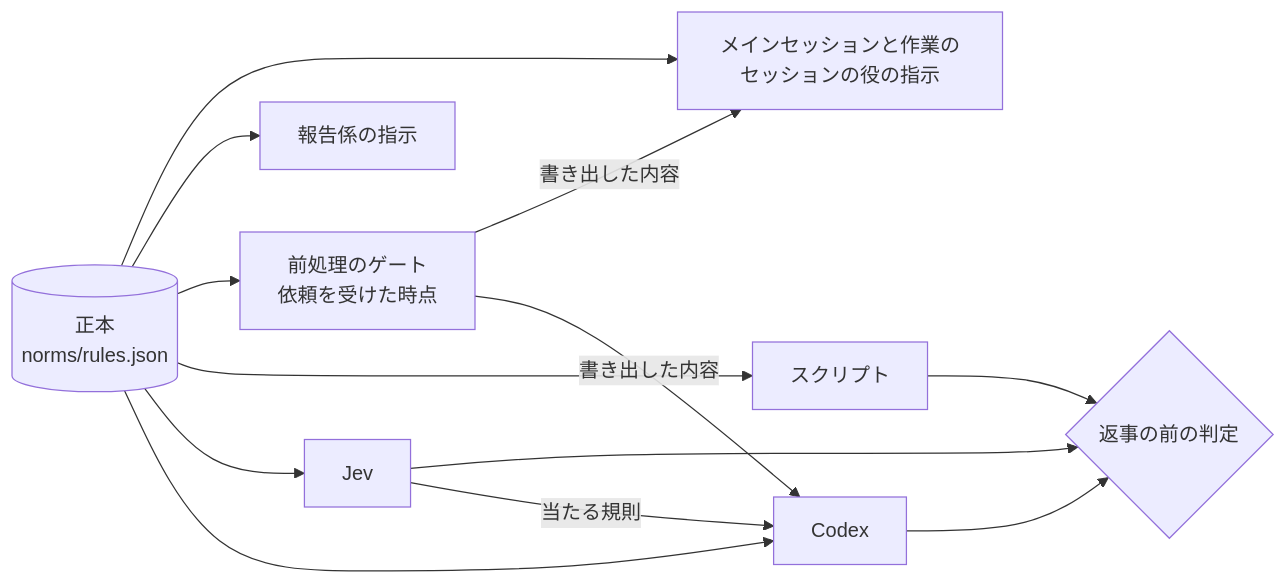
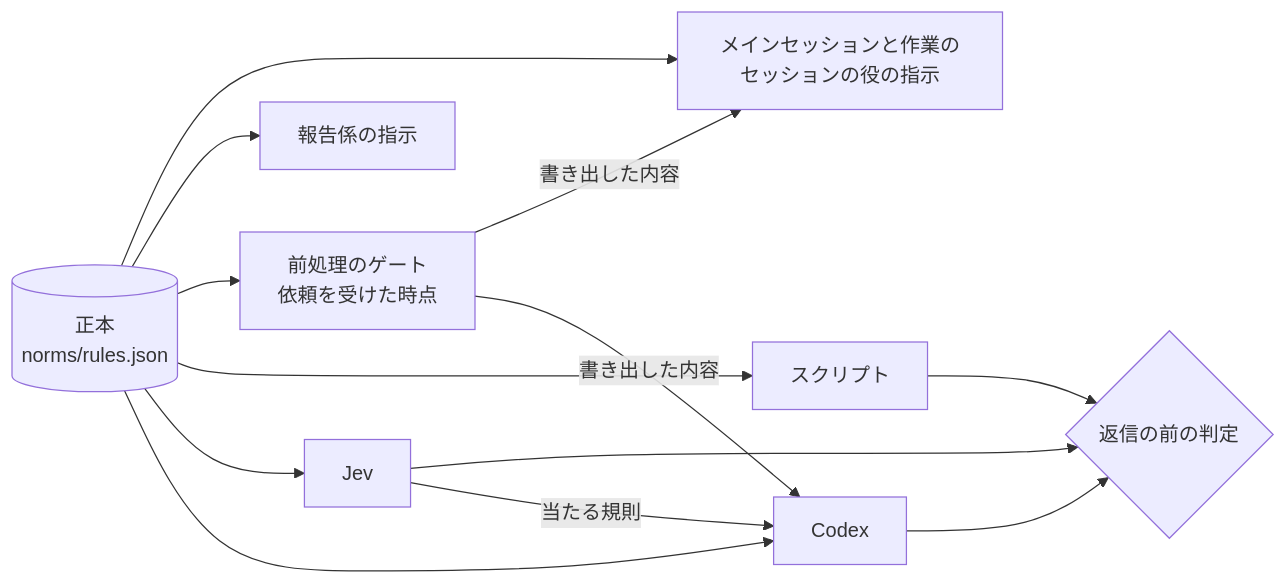
The first of 2 diagrams in docs/claude-unification/design-stage2.md (myurait/pda), drawn with Mermaid before and after one commit. The commit also changed other lines of this file and 3 other files, not shown here.

````diff
--- a/docs/claude-unification/design-stage2.md
+++ b/docs/claude-unification/design-stage2.md
@@ -73,15 +73,15 @@
 ```mermaid
 flowchart LR
   src[(正本<br>norms/rules.json)] --> wi[メインセッションと作業のセッションの役の指示]
   src --> ri[報告係の指示]
   src --> pre[前処理のゲート<br>依頼を受けた時点]
   src --> sg[スクリプト]
   src --> jg[Jev]
   src --> cg[Codex]
   pre -->|書き出した内容| wi
   pre -->|書き出した内容| cg
-  sg --> out{返事の前の判定}
+  sg --> out{返信の前の判定}
   jg --> out
   cg --> out
   jg -->|当たる規則| cg
 ```
````
